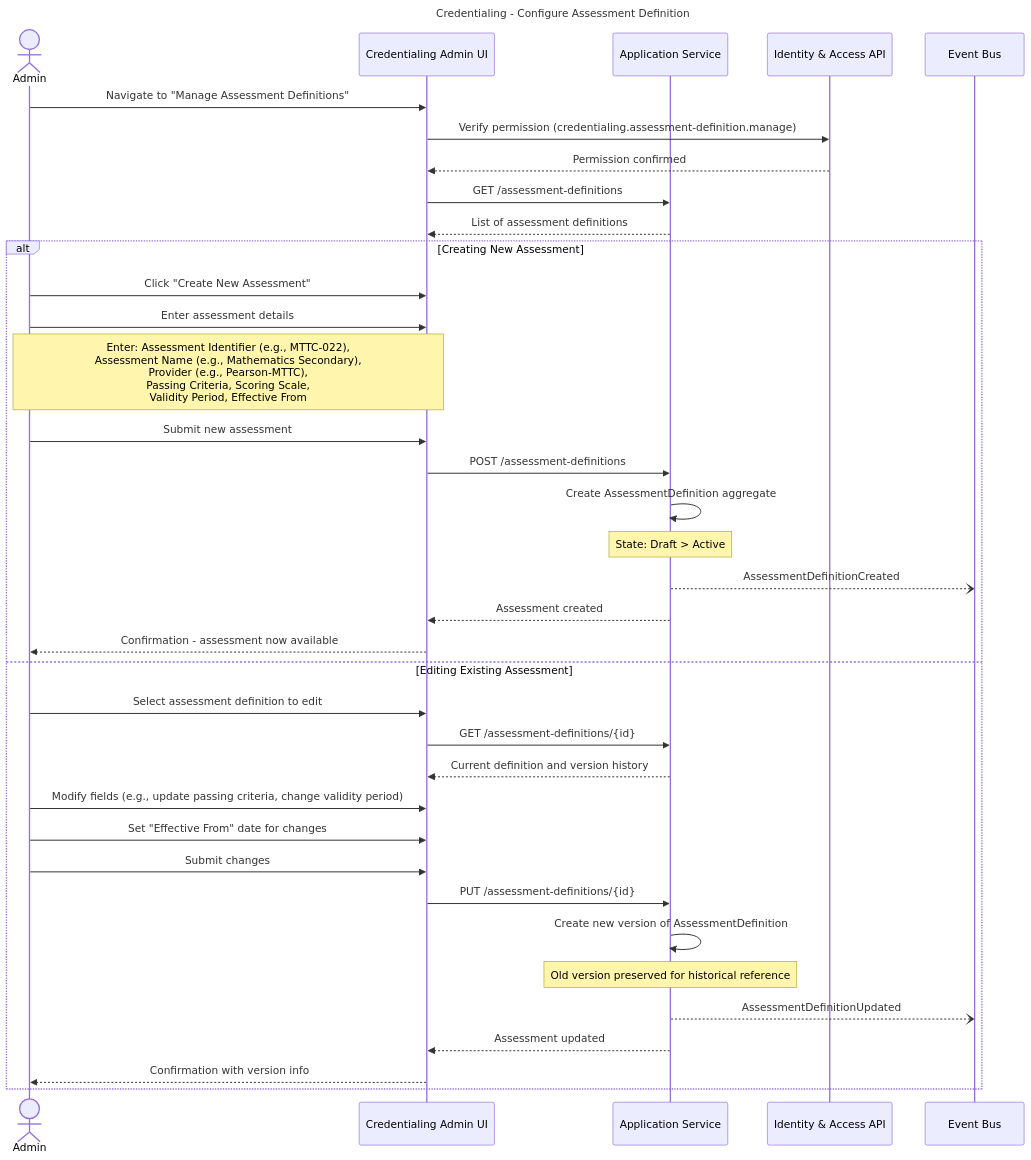
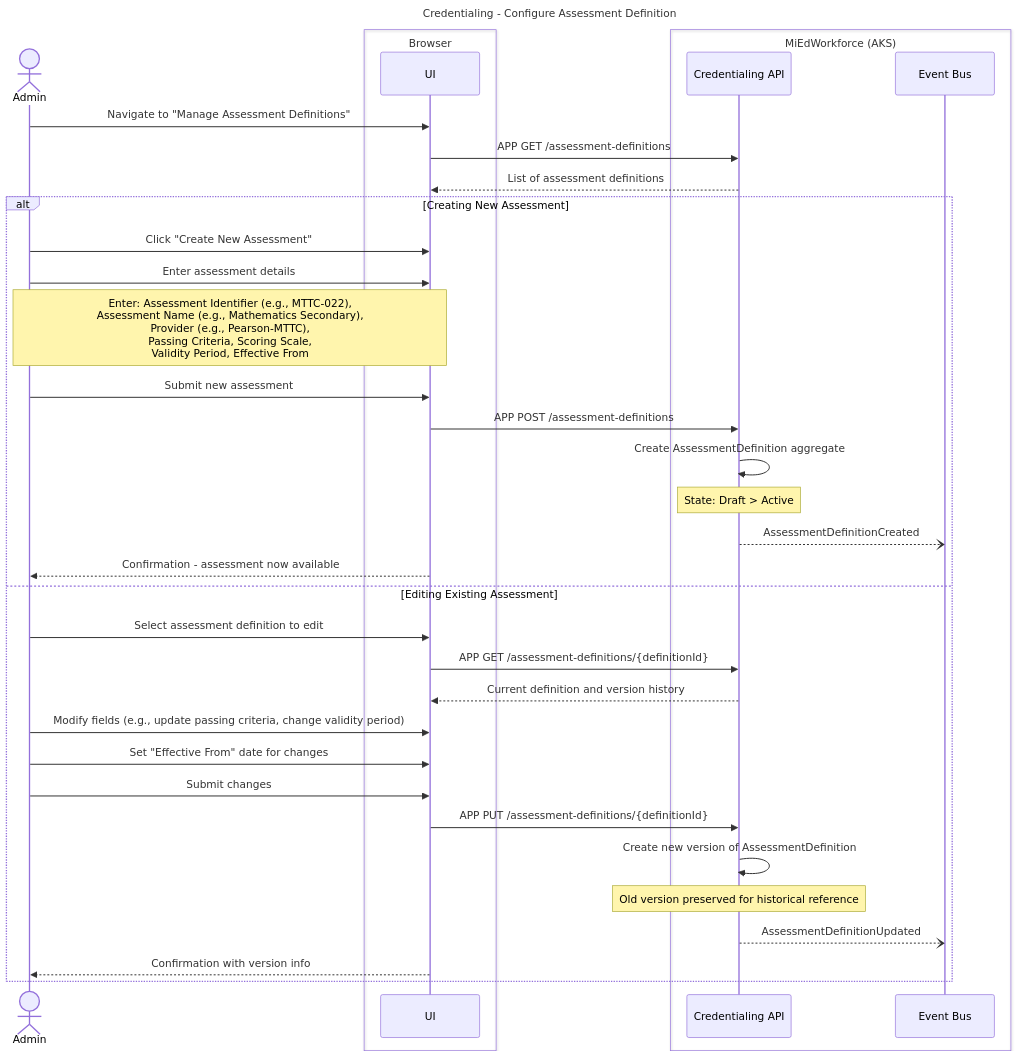
Before and after one commit to mnichols-dl/mied-design: diagram 20 of 23 in working-docs/solution-areas/credentialing/credentialing-sequences.md, drawn with Mermaid. The commit also changed other lines of this file and 34 other files, not shown here.

Commit message:
Update sequences and perform RTM assessment

````diff
--- a/working-docs/solution-areas/credentialing/credentialing-sequences.md
+++ b/working-docs/solution-areas/credentialing/credentialing-sequences.md
@@ -1139,53 +1274,51 @@
 ```mermaid
 ---
 title: Credentialing - Configure Assessment Definition
 ---
 sequenceDiagram
     actor Admin
-    participant UI as Credentialing Admin UI
-    participant AppService as Application Service
-    participant IAM as Identity & Access API
-    participant EventBus as Event Bus
-    
+    box Browser
+        participant UI
+    end
+    box MiEdWorkforce (AKS)
+        participant CredApi as Credentialing API
+        participant EventBus as Event Bus
+    end
+
     Admin->>UI: Navigate to "Manage Assessment Definitions"
-    UI->>IAM: Verify permission (credentialing.assessment-definition.manage)
-    IAM-->>UI: Permission confirmed
-    
-    UI->>AppService: GET /assessment-definitions
-    AppService-->>UI: List of assessment definitions
-    
+    UI->>CredApi: APP GET /assessment-definitions
+    CredApi-->>UI: List of assessment definitions
+
     alt Creating New Assessment
         Admin->>UI: Click "Create New Assessment"
-        
+
         Admin->>UI: Enter assessment details
         Note over Admin,UI: Enter: Assessment Identifier (e.g., MTTC-022),<br/>Assessment Name (e.g., Mathematics Secondary),<br/>Provider (e.g., Pearson-MTTC),<br/>Passing Criteria, Scoring Scale,<br/>Validity Period, Effective From
-        
+
         Admin->>UI: Submit new assessment
-        UI->>AppService: POST /assessment-definitions
-        
-        AppService->>AppService: Create AssessmentDefinition aggregate
-        Note over AppService: State: Draft > Active
-        
-        AppService--)EventBus: AssessmentDefinitionCreated
-        AppService-->>UI: Assessment created
+        UI->>CredApi: APP POST /assessment-definitions
+
+        CredApi->>CredApi: Create AssessmentDefinition aggregate
+        Note over CredApi: State: Draft > Active
+
+        CredApi--)EventBus: AssessmentDefinitionCreated
         UI-->>Admin: Confirmation - assessment now available
-        
+
     else Editing Existing Assessment
         Admin->>UI: Select assessment definition to edit
-        UI->>AppService: GET /assessment-definitions/{id}
-        AppService-->>UI: Current definition and version history
-        
+        UI->>CredApi: APP GET /assessment-definitions/{definitionId}
+        CredApi-->>UI: Current definition and version history
+
         Admin->>UI: Modify fields (e.g., update passing criteria, change validity period)
         Admin->>UI: Set "Effective From" date for changes
-        
+
         Admin->>UI: Submit changes
-        UI->>AppService: PUT /assessment-definitions/{id}
-        
-        AppService->>AppService: Create new version of AssessmentDefinition
-        Note over AppService: Old version preserved for historical reference
-        
-        AppService--)EventBus: AssessmentDefinitionUpdated
-        AppService-->>UI: Assessment updated
+        UI->>CredApi: APP PUT /assessment-definitions/{definitionId}
+
+        CredApi->>CredApi: Create new version of AssessmentDefinition
+        Note over CredApi: Old version preserved for historical reference
+
+        CredApi--)EventBus: AssessmentDefinitionUpdated
         UI-->>Admin: Confirmation with version info
     end
 ```
````
